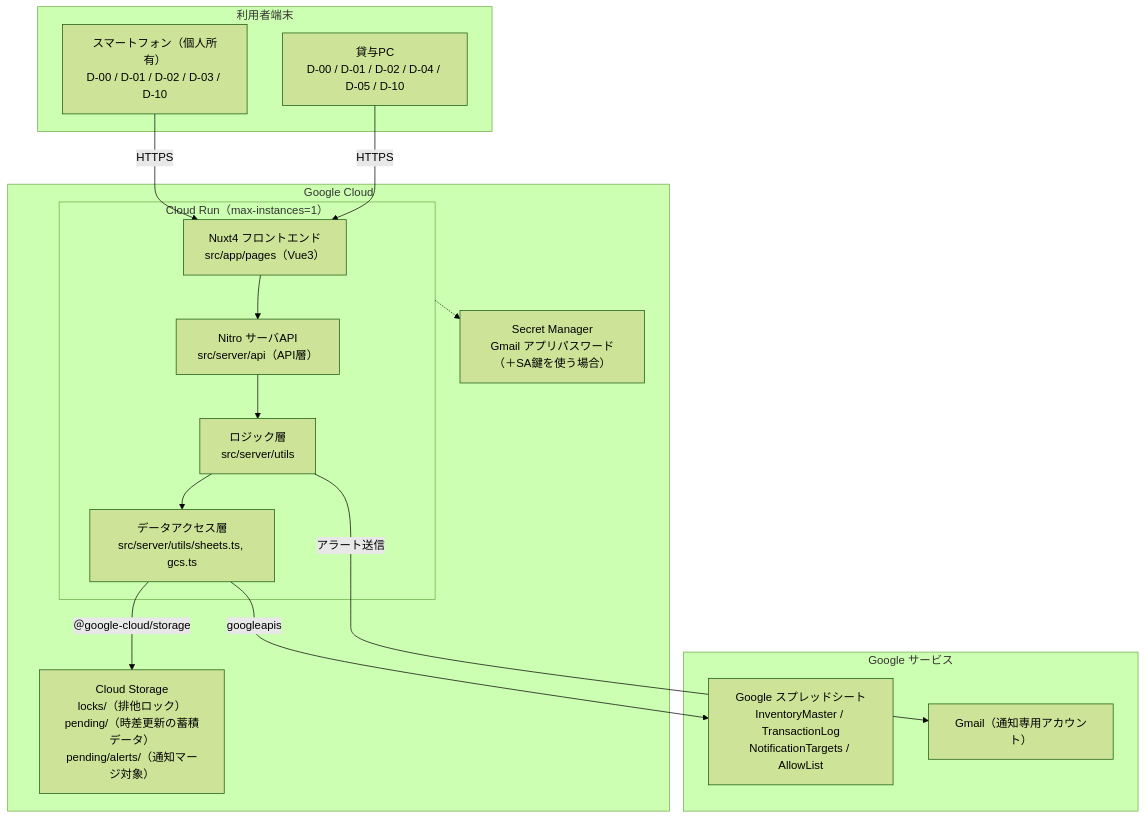
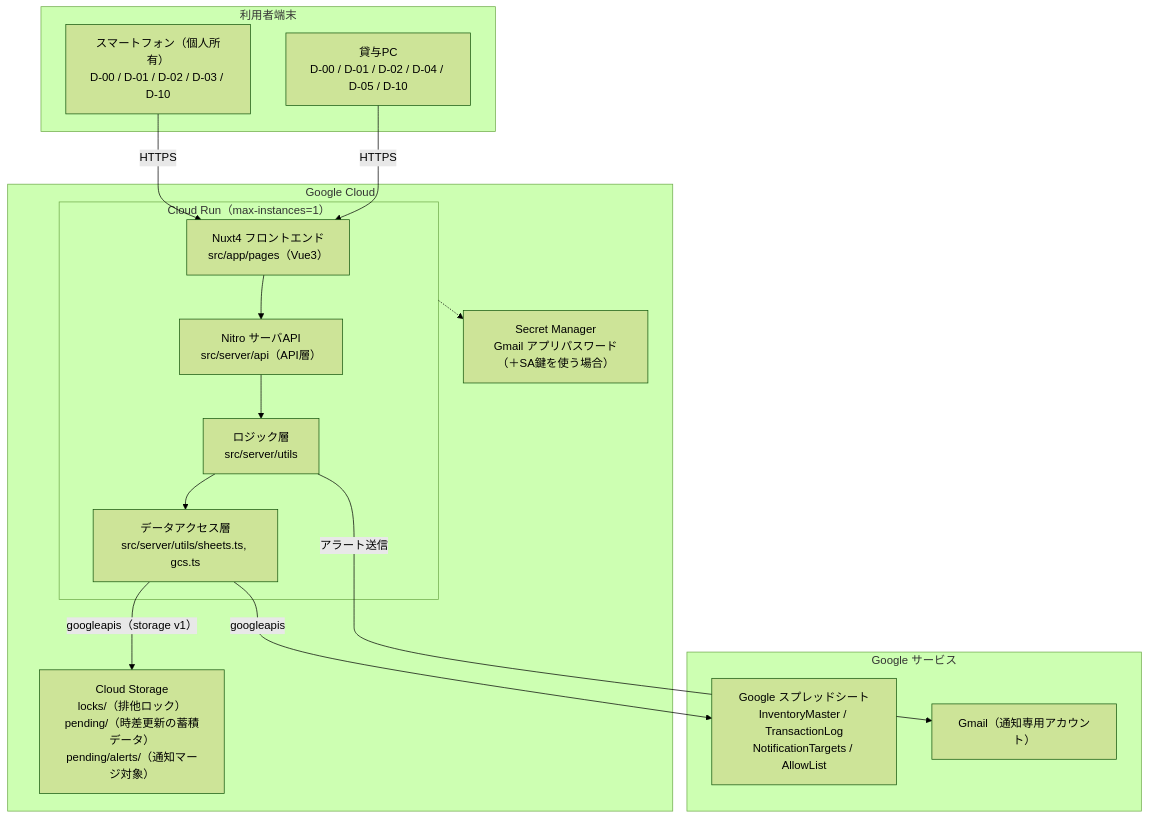
One commit to shinichi-yoshida-16/inventory_system_v2 changed the first of 2 diagrams in docs/architecture/overview.md. Above: the diagram before and after it, drawn with Mermaid (forest theme). The commit also changed other lines of this file and 4 other files, not shown here.

````diff
--- a/docs/architecture/overview.md
+++ b/docs/architecture/overview.md
@@ -21,33 +21,33 @@
 ```mermaid
 graph TB
     subgraph client[利用者端末]
         SP["スマートフォン（個人所有）<br/>D-00 / D-01 / D-02 / D-03 / D-10"]
         PC["貸与PC<br/>D-00 / D-01 / D-02 / D-04 / D-05 / D-10"]
     end
 
     subgraph gcp[Google Cloud]
         subgraph run["Cloud Run（max-instances=1）"]
             FE["Nuxt4 フロントエンド<br/>src/app/pages（Vue3）"]
             API["Nitro サーバAPI<br/>src/server/api（API層）"]
             LOGIC["ロジック層<br/>src/server/utils"]
             DAO["データアクセス層<br/>src/server/utils/sheets.ts, gcs.ts"]
         end
         GCS["Cloud Storage<br/>locks/（排他ロック）<br/>pending/（時差更新の蓄積データ）<br/>pending/alerts/（通知マージ対象）"]
         SM["Secret Manager<br/>Gmail アプリパスワード（＋SA鍵を使う場合）"]
     end
 
     subgraph ext[Google サービス]
         SS["Google スプレッドシート<br/>InventoryMaster / TransactionLog<br/>NotificationTargets / AllowList"]
         GMAIL["Gmail（通知専用アカウント）"]
     end
 
     SP -->|HTTPS| FE
     PC -->|HTTPS| FE
     FE --> API
     API --> LOGIC
     LOGIC --> DAO
     DAO -->|googleapis| SS
-    DAO -->|＠google-cloud/storage| GCS
+    DAO -->|googleapis（storage v1）| GCS
     LOGIC -->|アラート送信| GMAIL
     run -.-> SM
 ```
````
